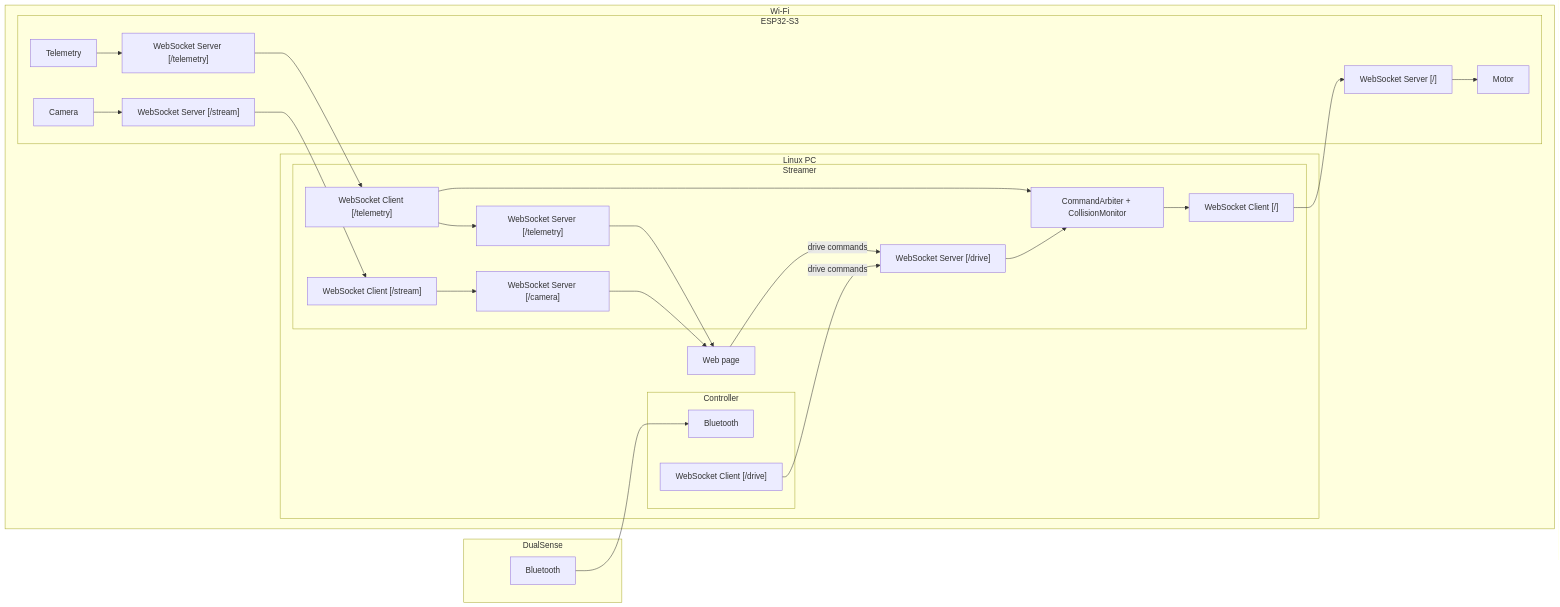
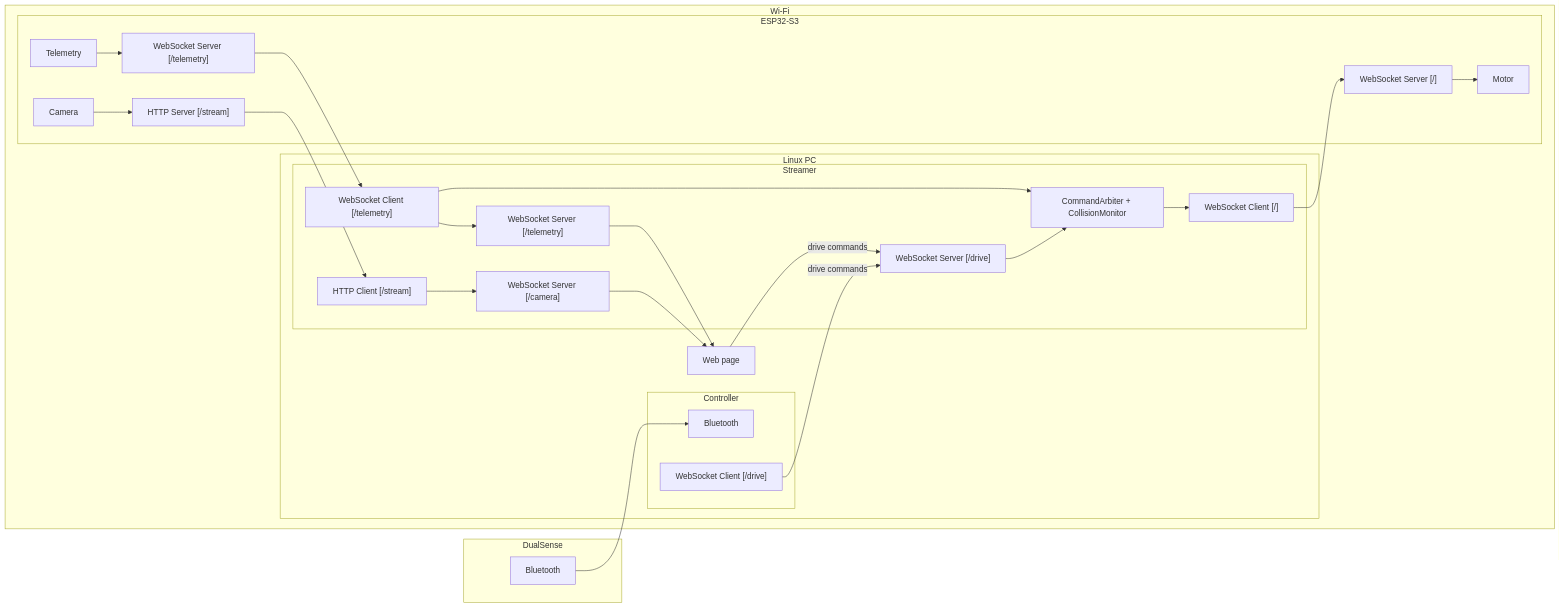
One commit to ltowarek/dust-mite changed the diagram in docs/variants/copper.md. Above: the diagram before and after it, drawn with Mermaid. The commit also changed other lines of this file and 60 other files, not shown here.

````diff
--- a/docs/variants/copper.md
+++ b/docs/variants/copper.md
@@ -150,51 +152,51 @@
 ```mermaid
 graph LR
     subgraph DualSense
         DS_BT[Bluetooth]
     end
 
     subgraph WiFi[Wi-Fi]
         subgraph Linux_PC[Linux PC]
             subgraph Controller
                 PC_BT[Bluetooth]
                 PC_CTRL_WS["WebSocket Client [/drive]"]
             end
             subgraph Streamer
-                PC_STR_WS_STREAM["WebSocket Client [/stream]"]
+                PC_STR_WS_STREAM["HTTP Client [/stream]"]
                 PC_STR_WS_TEL["WebSocket Client [/telemetry]"]
                 PC_STR_WS_CTRL["WebSocket Client [/]"]
                 PC_STR_MUX["CommandArbiter + CollisionMonitor"]
                 PC_STR_WS_CAMERA["WebSocket Server [/camera]"]
                 PC_STR_WS_TEL_OUT["WebSocket Server [/telemetry]"]
                 PC_STR_WS_DRIVE["WebSocket Server [/drive]"]
             end
             PC_WEB[Web page]
         end
 
         subgraph ESP32S3[ESP32-S3]
             ESP_MOTOR[Motor]
             ESP_TEL[Telemetry]
             ESP_CAM[Camera]
             ESP_WS_CTRL["WebSocket Server [/]"]
-            ESP_WS_STREAM["WebSocket Server [/stream]"]
+            ESP_WS_STREAM["HTTP Server [/stream]"]
             ESP_WS_TEL["WebSocket Server [/telemetry]"]
         end
     end
 
     DS_BT --> PC_BT
     PC_CTRL_WS -- "drive commands" --> PC_STR_WS_DRIVE
     PC_WEB -- "drive commands" --> PC_STR_WS_DRIVE
     PC_STR_WS_CAMERA --> PC_WEB
     PC_STR_WS_TEL_OUT --> PC_WEB
     ESP_WS_STREAM --> PC_STR_WS_STREAM
     PC_STR_WS_STREAM --> PC_STR_WS_CAMERA
     ESP_WS_TEL --> PC_STR_WS_TEL
     PC_STR_WS_TEL --> PC_STR_WS_TEL_OUT
     PC_STR_WS_TEL --> PC_STR_MUX
     PC_STR_WS_DRIVE --> PC_STR_MUX
     PC_STR_MUX --> PC_STR_WS_CTRL
     PC_STR_WS_CTRL --> ESP_WS_CTRL
     ESP_WS_CTRL --> ESP_MOTOR
     ESP_TEL --> ESP_WS_TEL
     ESP_CAM --> ESP_WS_STREAM
 ```
````
